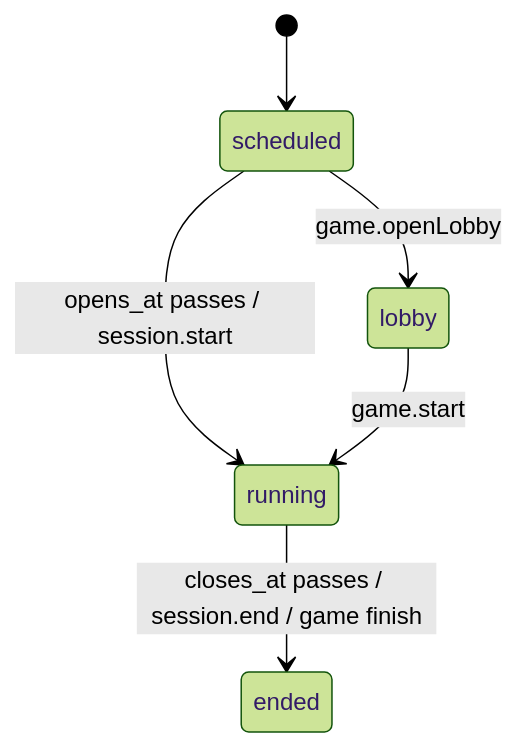
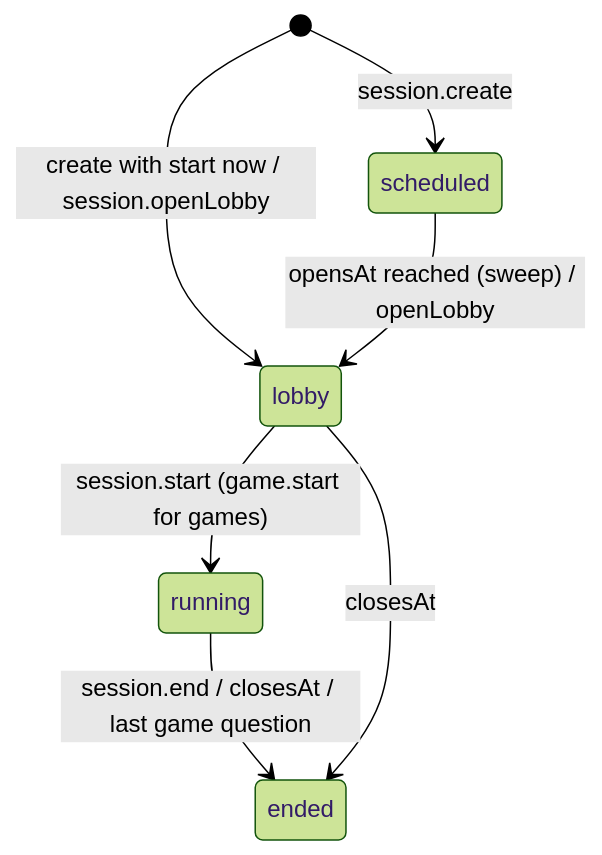
One commit to ejluv143/ExamSIC changed the diagram in openwiki/workflows/session-and-attempt-lifecycle.md. Above: the diagram before and after it, drawn with Mermaid (forest theme). The commit also changed other lines of this file and 54 other files, not shown here.

Commit message:
docs: update OpenWiki for feature folders, lobby, desktop, MCP and AI

````diff
--- a/openwiki/workflows/session-and-attempt-lifecycle.md
+++ b/openwiki/workflows/session-and-attempt-lifecycle.md
@@ -52,8 +45,9 @@
 ```mermaid
 stateDiagram-v2
-  [*] --> scheduled
-  scheduled --> running: opens_at passes / session.start
-  scheduled --> lobby: game.openLobby
-  lobby --> running: game.start
-  running --> ended: closes_at passes / session.end / game finish
+  [*] --> scheduled: session.create
+  [*] --> lobby: create with start now / session.openLobby
+  scheduled --> lobby: opensAt reached (sweep) / openLobby
+  lobby --> running: session.start (game.start for games)
+  running --> ended: session.end / closesAt / last game question
+  lobby --> ended: closesAt
 ```
````
